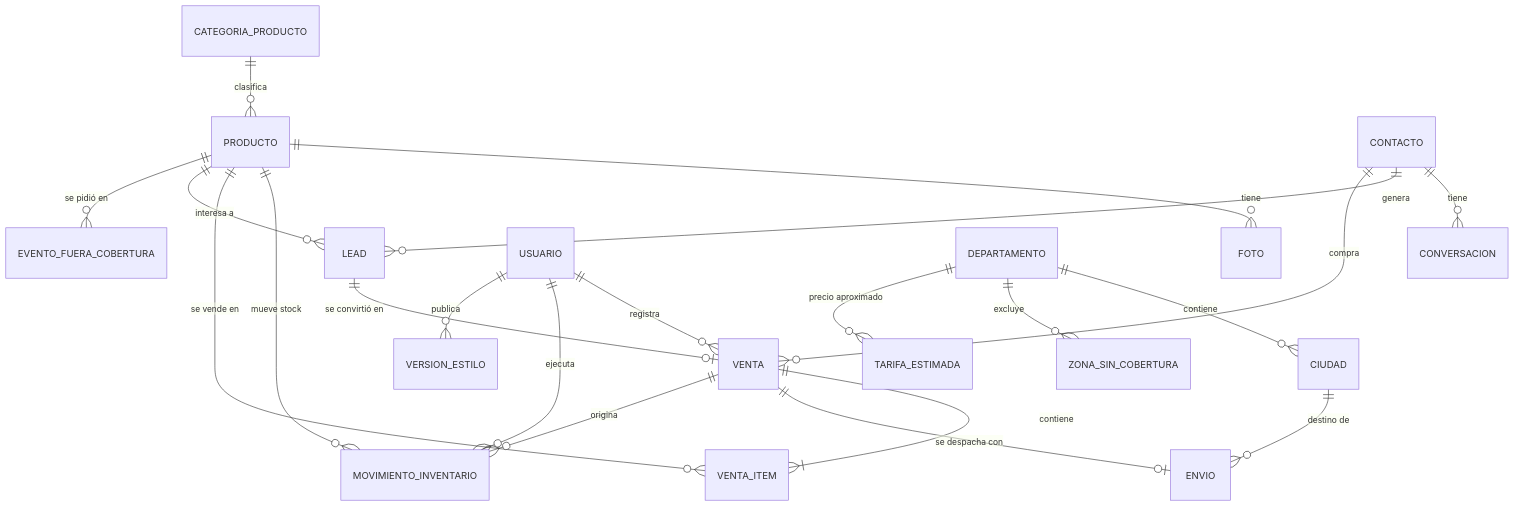
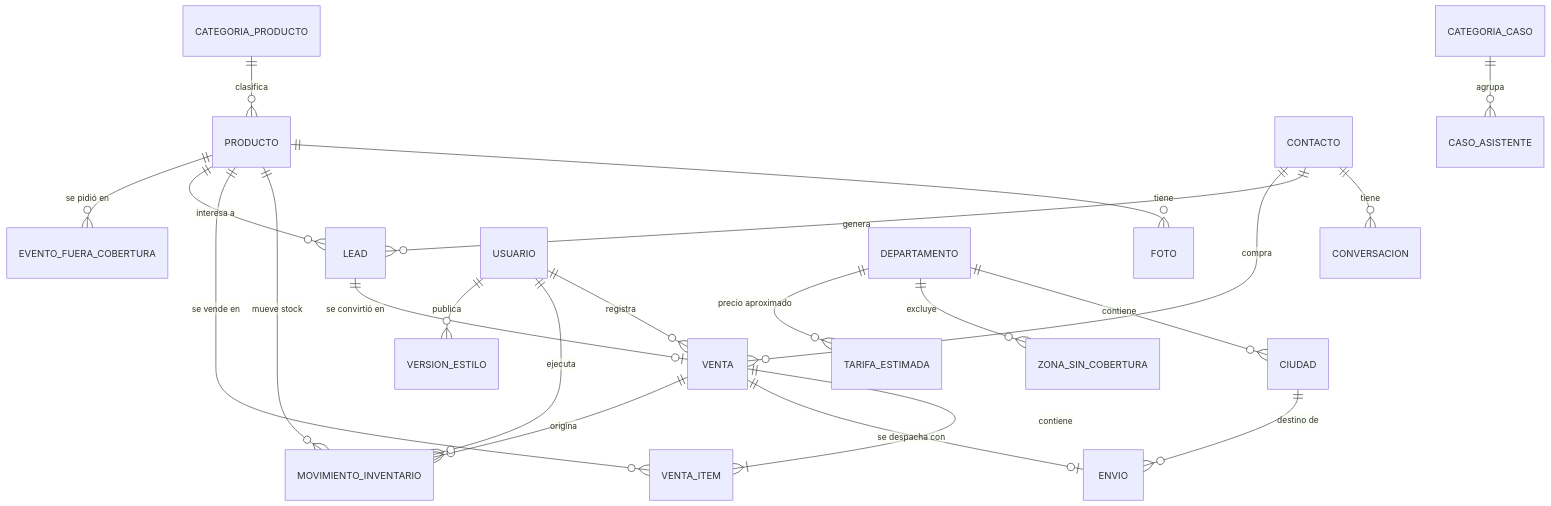
The diagram in MODELO_DATOS.md (DaviArdila/LuxeBorealCRM), drawn with Mermaid before and after one commit. The commit also changed other lines of this file and 41 other files, not shown here.

````diff
--- a/MODELO_DATOS.md
+++ b/MODELO_DATOS.md
@@ -42,26 +42,27 @@
 ```mermaid
 erDiagram
     CATEGORIA_PRODUCTO ||--o{ PRODUCTO : clasifica
     PRODUCTO ||--o{ FOTO : tiene
     PRODUCTO ||--o{ MOVIMIENTO_INVENTARIO : "mueve stock"
     PRODUCTO ||--o{ VENTA_ITEM : "se vende en"
     PRODUCTO ||--o{ LEAD : "interesa a"
     PRODUCTO ||--o{ EVENTO_FUERA_COBERTURA : "se pidió en"
 
     CONTACTO ||--o{ CONVERSACION : tiene
     CONTACTO ||--o{ LEAD : genera
     CONTACTO ||--o{ VENTA : compra
     LEAD ||--o| VENTA : "se convirtió en"
 
     VENTA ||--|{ VENTA_ITEM : contiene
     VENTA ||--o| ENVIO : "se despacha con"
     VENTA ||--o{ MOVIMIENTO_INVENTARIO : origina
     USUARIO ||--o{ VENTA : registra
     USUARIO ||--o{ MOVIMIENTO_INVENTARIO : ejecuta
     USUARIO ||--o{ VERSION_ESTILO : publica
+    CATEGORIA_CASO ||--o{ CASO_ASISTENTE : agrupa
 
     DEPARTAMENTO ||--o{ CIUDAD : contiene
     CIUDAD ||--o{ ENVIO : "destino de"
     DEPARTAMENTO ||--o{ ZONA_SIN_COBERTURA : excluye
     DEPARTAMENTO ||--o{ TARIFA_ESTIMADA : "precio aproximado"
 ```
````
